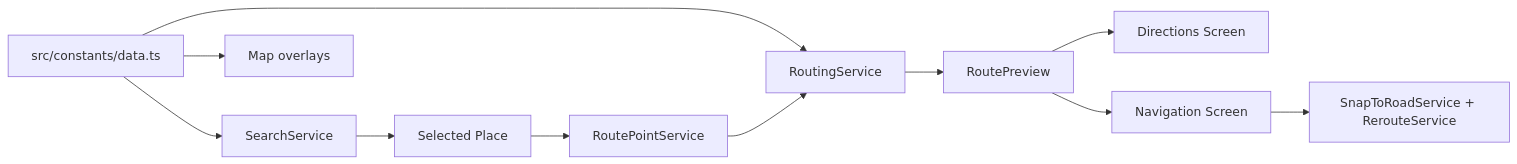
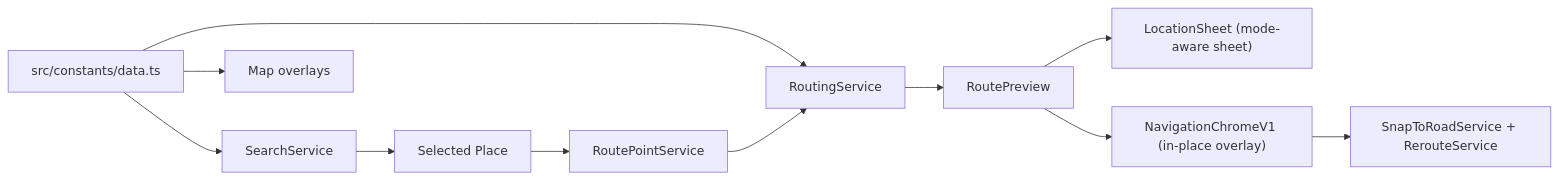
The first of 2 diagrams in docs/MAP_DATA_ARCHITECTURE.md (ghilmanITM360/offline-map), drawn with Mermaid before and after one commit. The commit also changed other lines of this file and 124 other files, not shown here.

````diff
--- a/docs/MAP_DATA_ARCHITECTURE.md
+++ b/docs/MAP_DATA_ARCHITECTURE.md
@@ -33,13 +35,13 @@
 ```mermaid
 flowchart LR
   A["src/constants/data.ts"] --> B["SearchService"]
   A --> C["RoutingService"]
   A --> D["Map overlays"]
   B --> E["Selected Place"]
   E --> F["RoutePointService"]
   F --> C
   C --> G["RoutePreview"]
-  G --> H["Directions Screen"]
-  G --> I["Navigation Screen"]
+  G --> H["LocationSheet (mode-aware sheet)"]
+  G --> I["NavigationChromeV1 (in-place overlay)"]
   I --> J["SnapToRoadService + RerouteService"]
 ```
````
